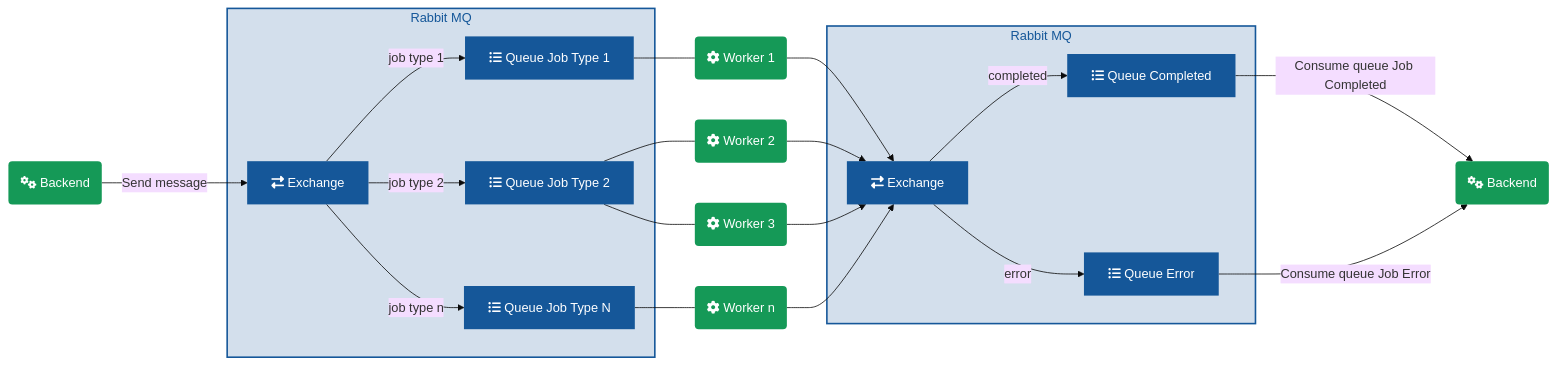
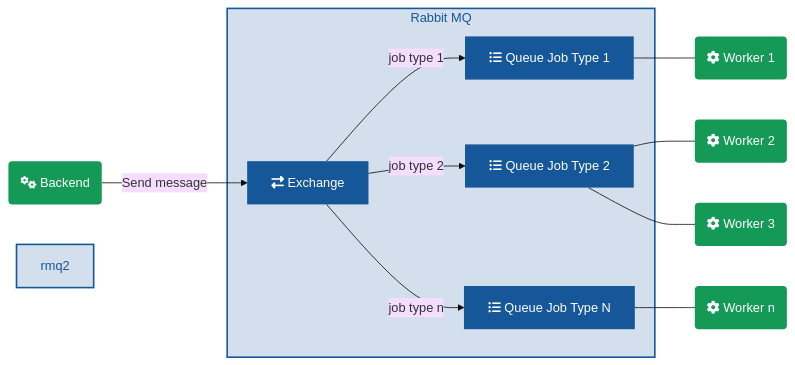
The second of 3 diagrams in step_flow.md (media-cloud-ai/media-cloud-ai.github.com), drawn with Mermaid (base theme) before and after one commit. The commit also changed other lines of this file, not shown here.

Commit message:
split schema

```diff
--- a/step_flow.md
+++ b/step_flow.md
@@ -26,49 +26,36 @@
 <div class="mermaid">
 graph LR
 backend(fa:fa-cogs Backend) --> |Send message| exchange_1[fa:fa-exchange-alt Exchange]
 
 subgraph rmq[Rabbit MQ]
   exchange_1-->|job type 1| q_worker_1[fa:fa-list-ul Queue Job Type 1]
   exchange_1 -->|job type 2| q_worker_2[fa:fa-list-ul Queue Job Type 2]
   exchange_1 -->|job type n| q_worker_n[fa:fa-list-ul Queue Job Type N]
 end
 
 q_worker_1 --- w1(fa:fa-cog Worker 1)
 q_worker_2 --- w2(fa:fa-cog Worker 2)
 q_worker_2 --- w3(fa:fa-cog Worker 3)
 q_worker_n --- wn(fa:fa-cog Worker n)
-
-w1 --> exchange_2[fa:fa-exchange-alt Exchange]
-w2 --> exchange_2
-w3 --> exchange_2
-wn --> exchange_2
-
-subgraph rmq2[Rabbit MQ]
-  exchange_2 --> |completed| q_completed[fa:fa-list-ul Queue Completed]
-  exchange_2 --> |error| q_error[fa:fa-list-ul  Queue Error]
-end
-
-q_completed --> |Consume queue Job Completed|backend2(fa:fa-cogs Backend)
-q_error --> |Consume queue Job Error|backend2
 
 classDef blue fill:#155799,stroke: none,color: #fff;
 classDef green fill:#159957,stroke: none,color: #fff;
 
 class backend green
 class backend2 green
 class backend3 green
 class w1 green
 class w2 green
 class w3 green
 class wn green
 class q_worker_1 blue
 class q_worker_2 blue
 class q_worker_n blue
 class q_completed blue
 class q_error blue
 class exchange_1 blue
 class exchange_2 blue
 
 style rmq fill:#15579930,stroke:#155799,stroke-width:2px,color:#155799
 style rmq2 fill:#15579930,stroke:#155799,stroke-width:2px,color:#155799
 </div>
```
